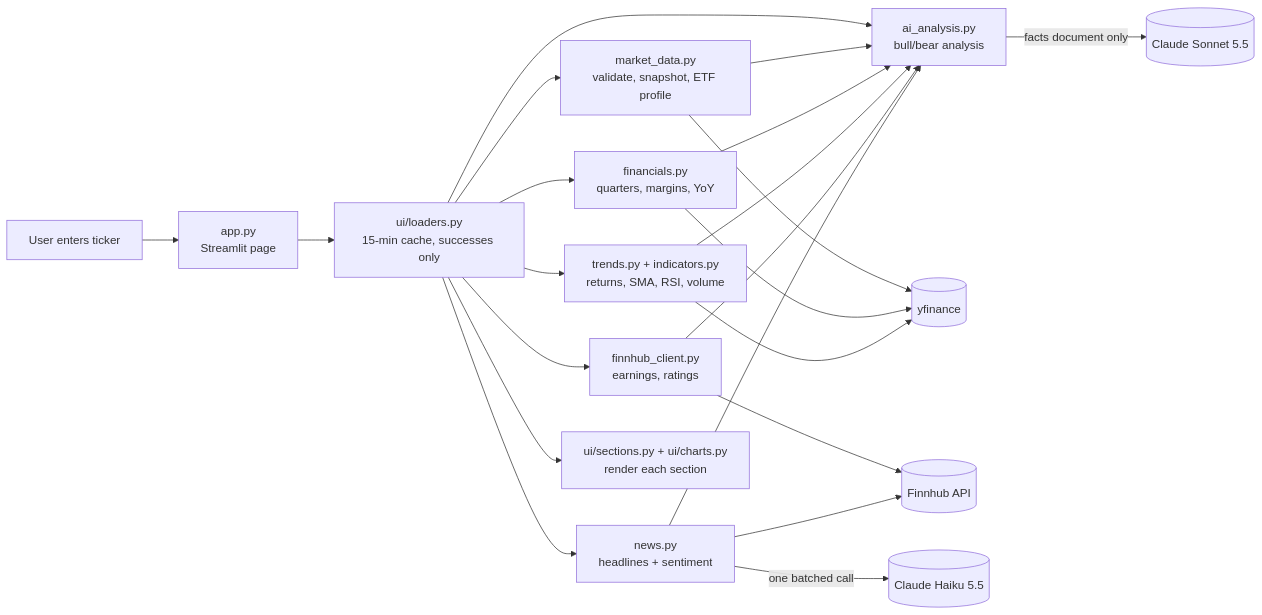
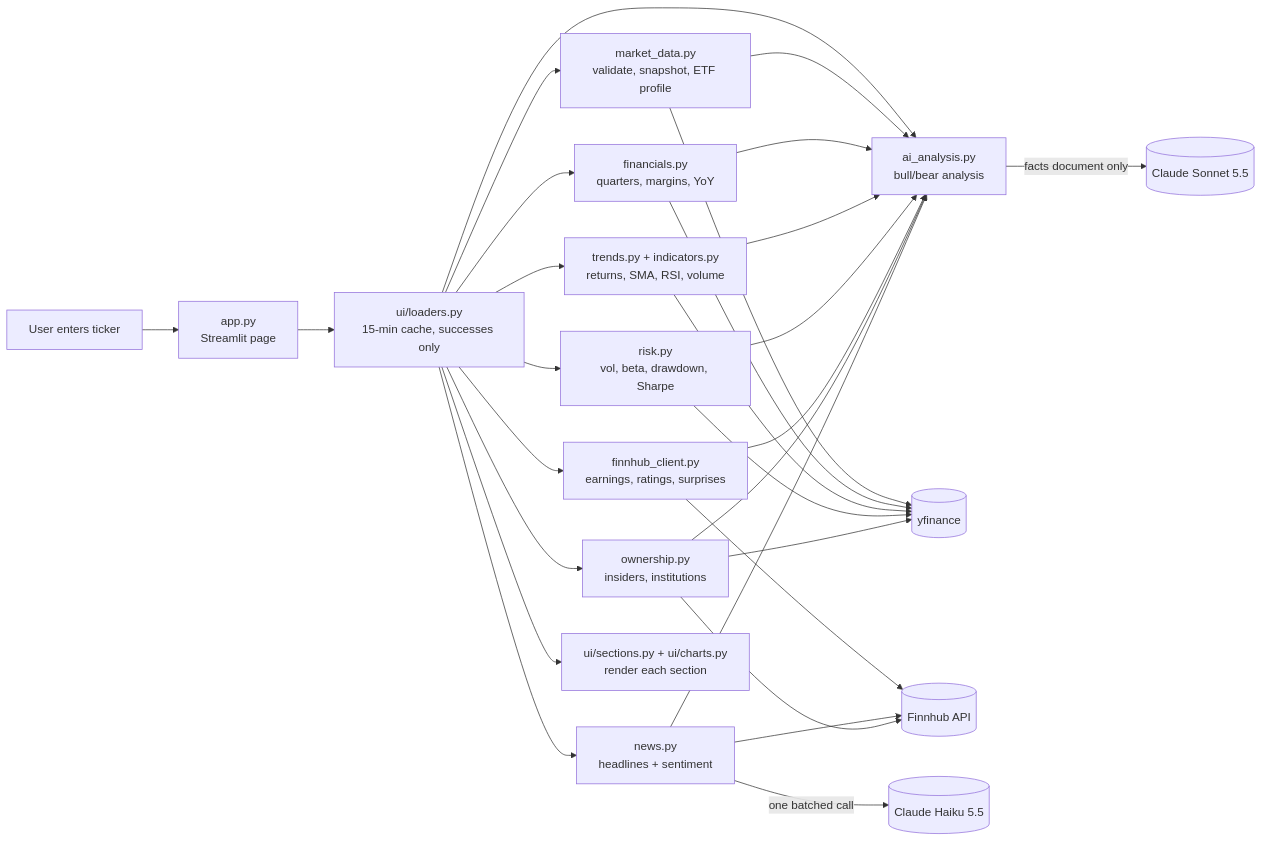
One commit to nathanielmarvyn/stock-research-assistant changed the diagram in README.md. Above: the diagram before and after it, drawn with Mermaid. The commit also changed other lines of this file and 16 other files, not shown here.

````diff
--- a/README.md
+++ b/README.md
@@ -43,20 +46,23 @@
 ```mermaid
 flowchart LR
     U[User enters ticker] --> APP[app.py<br/>Streamlit page]
     APP --> L[ui/loaders.py<br/>15-min cache, successes only]
 
     L --> MD[market_data.py<br/>validate, snapshot, ETF profile]
     L --> FIN[financials.py<br/>quarters, margins, YoY]
     L --> TR[trends.py + indicators.py<br/>returns, SMA, RSI, volume]
-    L --> FH[finnhub_client.py<br/>earnings, ratings]
+    L --> RK[risk.py<br/>vol, beta, drawdown, Sharpe]
+    L --> FH[finnhub_client.py<br/>earnings, ratings, surprises]
+    L --> OW[ownership.py<br/>insiders, institutions]
     L --> NW[news.py<br/>headlines + sentiment]
     L --> AI[ai_analysis.py<br/>bull/bear analysis]
 
-    MD & FIN & TR --> YF[(yfinance)]
-    FH & NW --> FHAPI[(Finnhub API)]
+    MD & FIN & TR & RK --> YF[(yfinance)]
+    FH & NW & OW --> FHAPI[(Finnhub API)]
+    OW --> YF
     NW -->|one batched call| HAIKU[(Claude Haiku 5.5)]
     AI -->|facts document only| SONNET[(Claude Sonnet 5.5)]
 
-    MD & FIN & TR & FH & NW --> AI
+    MD & FIN & TR & RK & FH & OW & NW --> AI
     L --> UI[ui/sections.py + ui/charts.py<br/>render each section]
 ```
````
